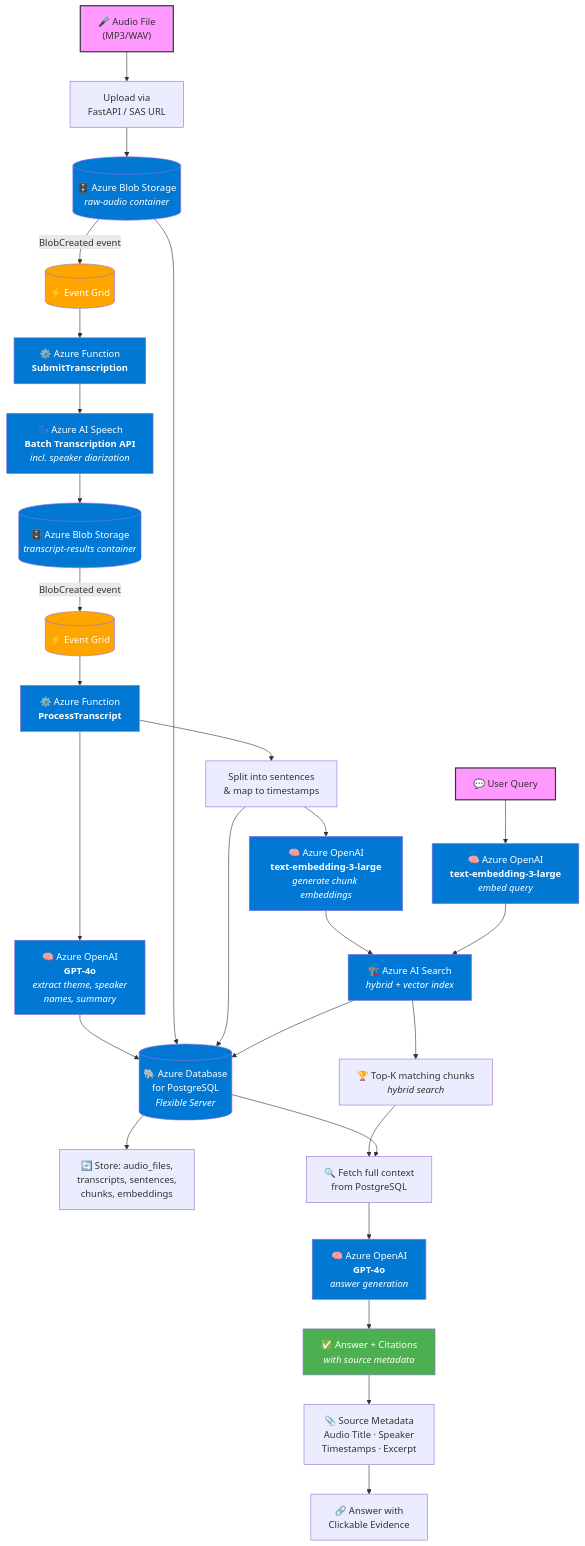
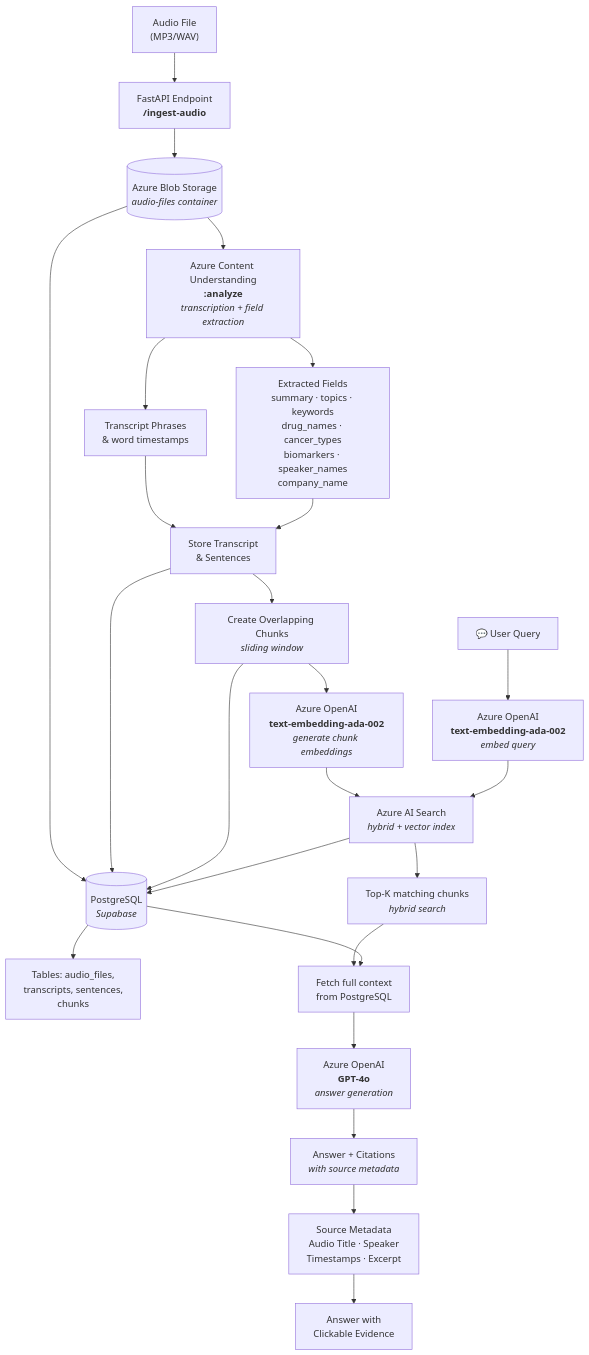
Before and after one commit to harshraji3/video-download: the diagram in audio_azure_architecture.mmd, drawn with Mermaid.

Commit message:
updated diagram

```diff
--- a/audio_azure_architecture.mmd
+++ b/audio_azure_architecture.mmd
@@ -1,71 +1,45 @@
 flowchart TD
 
   %% ========== INGESTION ==========
-  A["🎤 Audio File<br/>(MP3/WAV)"] --> B["Upload via<br/>FastAPI / SAS URL"]
+  A["Audio File<br/>(MP3/WAV)"] --> B["FastAPI Endpoint<br/><b>/ingest-audio</b>"]
 
-  B --> C[("🗄️ Azure Blob Storage<br/><i>raw-audio container</i>")]
+  B --> C[("Azure Blob Storage<br/><i>audio-files container</i>")]
+  C --> D["Azure Content Understanding<br/><b>:analyze</b><br/><i>transcription + field extraction</i>"]
 
-  C -- "BlobCreated event" --> D[("⚡ Event Grid")]
+  D --> E1["Transcript Phrases<br/>& word timestamps"]
+  D --> E2["Extracted Fields<br/>summary · topics · keywords<br/>drug_names · cancer_types<br/>biomarkers · speaker_names<br/>company_name"]
 
-  D --> E["⚙️ Azure Function<br/><b>SubmitTranscription</b>"]
+  E1 --> F["Store Transcript<br/>& Sentences"]
+  E2 --> F
 
-  E --> F["🗣️ Azure AI Speech<br/><b>Batch Transcription API</b><br/><i>incl. speaker diarization</i>"]
+  F --> G["Create Overlapping Chunks<br/><i>sliding window</i>"]
 
-  F --> G[("🗄️ Azure Blob Storage<br/><i>transcript-results container</i>")]
+  G --> H["Azure OpenAI<br/><b>text-embedding-ada-002</b><br/><i>generate chunk embeddings</i>"]
 
-  G -- "BlobCreated event" --> H[("⚡ Event Grid")]
+  H --> I["Azure AI Search<br/><i>hybrid + vector index</i>"]
 
-  H --> I["⚙️ Azure Function<br/><b>ProcessTranscript</b>"]
+  C --> J[("PostgreSQL<br/><i>Supabase</i>")]
+  F --> J
+  G --> J
+  I --> J
 
-  I --> J["Split into sentences<br/>& map to timestamps"]
-
-  J --> K["🧠 Azure OpenAI<br/><b>text-embedding-3-large</b><br/><i>generate chunk embeddings</i>"]
-
-  K --> L["🏗️ Azure AI Search<br/><i>hybrid + vector index</i>"]
-
-  I --> M["🧠 Azure OpenAI<br/><b>GPT-4o</b><br/><i>extract theme, speaker<br/>names, summary</i>"]
-
-  M --> N[("🐘 Azure Database<br/>for PostgreSQL<br/><i>Flexible Server</i>")]
-
-  C --> N
-  J --> N
-  L --> N
-
-  N --> O["🔄 Store: audio_files,<br/>transcripts, sentences,<br/>chunks, embeddings"]
+  J --> K["Tables: audio_files,<br/>transcripts, sentences,<br/>chunks"]
 
   %% ========== RETRIEVAL ==========
-  P["💬 User Query"] --> Q["🧠 Azure OpenAI<br/><b>text-embedding-3-large</b><br/><i>embed query</i>"]
+  L["💬 User Query"] --> M["Azure OpenAI<br/><b>text-embedding-ada-002</b><br/><i>embed query</i>"]
 
-  Q --> L
+  M --> I
 
-  L --> R["🏆 Top-K matching chunks<br/><i>hybrid search</i>"]
+  I --> N["Top-K matching chunks<br/><i>hybrid search</i>"]
 
-  R --> S["🔍 Fetch full context<br/>from PostgreSQL"]
+  N --> O["Fetch full context<br/>from PostgreSQL"]
 
-  N --> S
+  J --> O
 
-  S --> T["🧠 Azure OpenAI<br/><b>GPT-4o</b><br/><i>answer generation</i>"]
+  O --> P["Azure OpenAI<br/><b>GPT-4o</b><br/><i>answer generation</i>"]
 
-  T --> U["✅ Answer + Citations<br/><i>with source metadata</i>"]
+  P --> Q["Answer + Citations<br/><i>with source metadata</i>"]
 
-  U --> V["📎 Source Metadata<br/>Audio Title · Speaker<br/>Timestamps · Excerpt"]
+  Q --> R["Source Metadata<br/>Audio Title · Speaker<br/>Timestamps · Excerpt"]
 
-  V --> W["🔗 Answer with<br/>Clickable Evidence"]
-
-  %% ========== STYLING ==========
-  style A fill:#f9f,stroke:#333,stroke-width:2px
-  style C fill:#0078D4,color:#fff
-  style D fill:#FFA500,color:#fff
-  style E fill:#0078D4,color:#fff
-  style F fill:#0078D4,color:#fff
-  style G fill:#0078D4,color:#fff
-  style H fill:#FFA500,color:#fff
-  style I fill:#0078D4,color:#fff
-  style K fill:#0078D4,color:#fff
-  style L fill:#0078D4,color:#fff
-  style M fill:#0078D4,color:#fff
-  style N fill:#0078D4,color:#fff
-  style P fill:#f9f,stroke:#333,stroke-width:2px
-  style Q fill:#0078D4,color:#fff
-  style T fill:#0078D4,color:#fff
-  style U fill:#4CAF50,color:#fff
+  R --> S["Answer with<br/>Clickable Evidence"]
```
